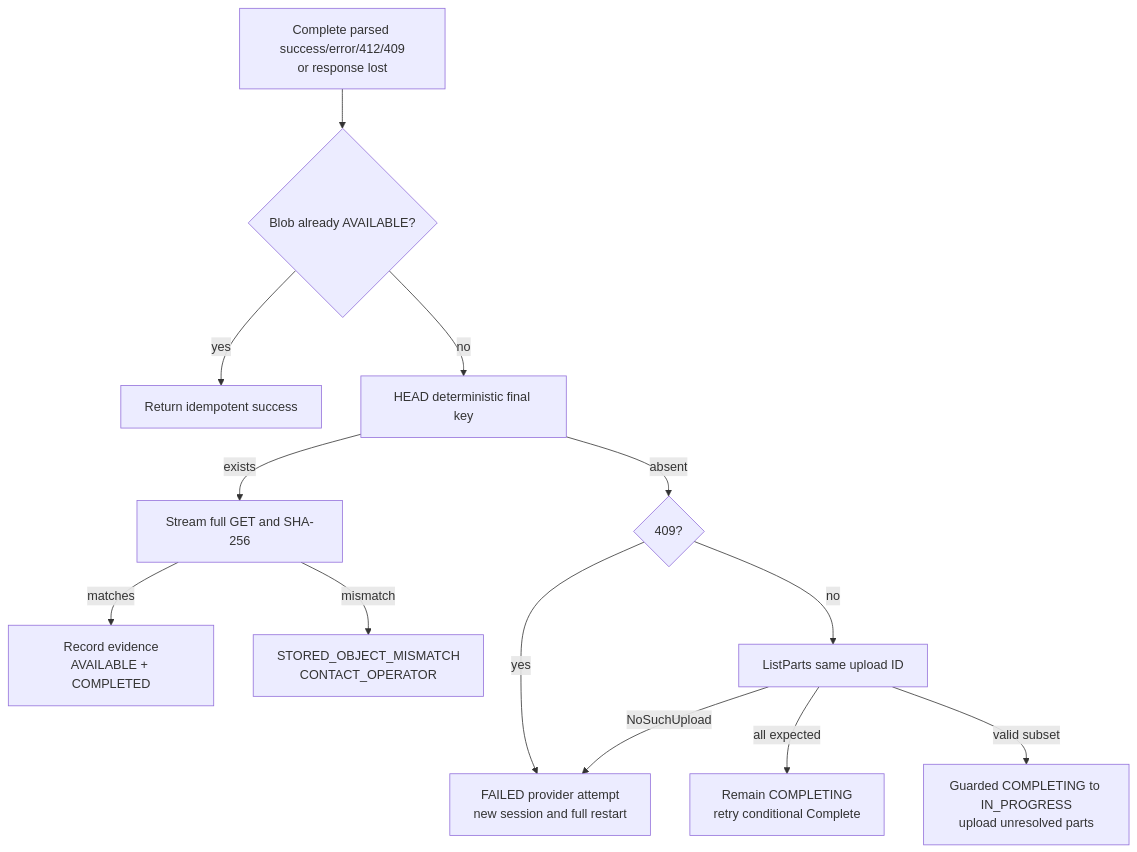
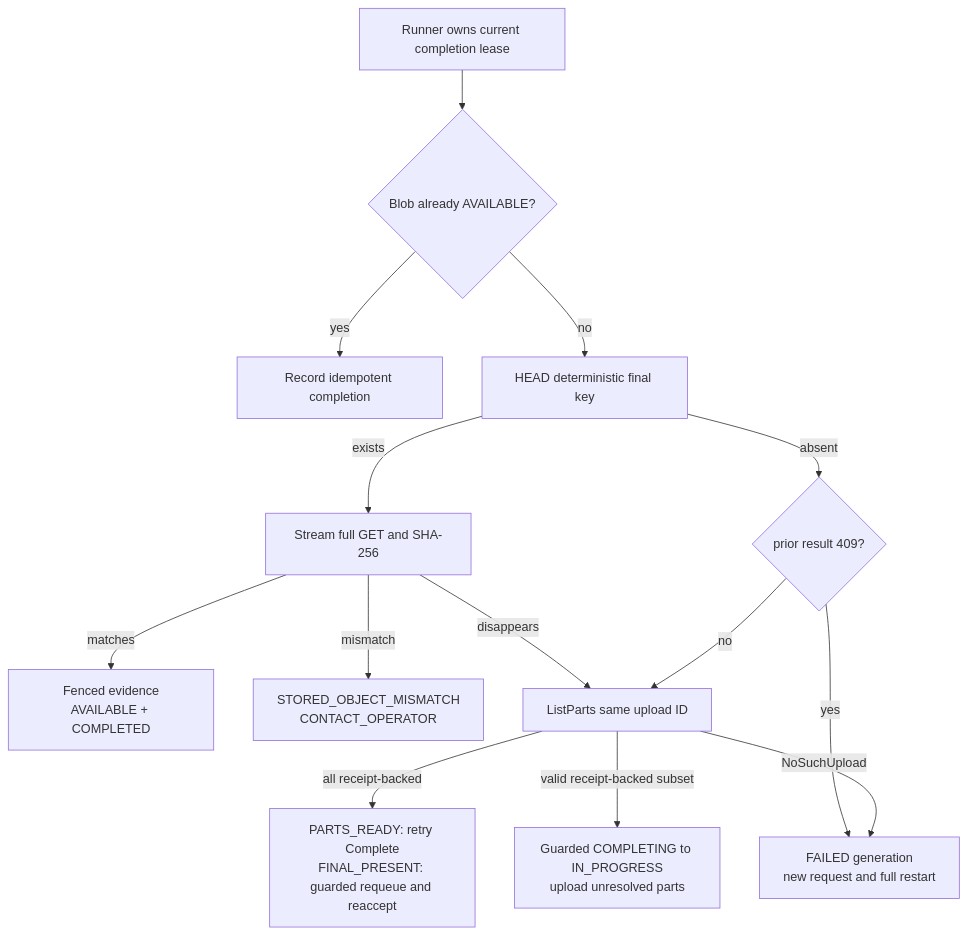
Before and after one commit to zbnerd/RoboLake: the diagram in docs/M2_FAILURE_AND_RECONCILIATION_MATRIX.md, drawn with Mermaid. The commit also changed other lines of this file and 15 other files, not shown here.

Commit message:
docs(m2): resolve session and completion lifecycle gaps

````diff
--- a/docs/M2_FAILURE_AND_RECONCILIATION_MATRIX.md
+++ b/docs/M2_FAILURE_AND_RECONCILIATION_MATRIX.md
@@ -62,15 +82,16 @@
 ```mermaid
 flowchart TD
-    A[Complete parsed success/error/412/409<br/>or response lost] --> B{Blob already AVAILABLE?}
-    B -->|yes| C[Return idempotent success]
+    A[Runner owns current completion lease] --> B{Blob already AVAILABLE?}
+    B -->|yes| C[Record idempotent completion]
     B -->|no| D[HEAD deterministic final key]
     D -->|exists| E[Stream full GET and SHA-256]
-    E -->|matches| F[Record evidence<br/>AVAILABLE + COMPLETED]
+    E -->|matches| F[Fenced evidence<br/>AVAILABLE + COMPLETED]
     E -->|mismatch| G[STORED_OBJECT_MISMATCH<br/>CONTACT_OPERATOR]
-    D -->|absent| H{409?}
-    H -->|yes| I[FAILED provider attempt<br/>new session and full restart]
+    E -->|disappears| J
+    D -->|absent| H{prior result 409?}
+    H -->|yes| I[FAILED generation<br/>new request and full restart]
     H -->|no| J[ListParts same upload ID]
-    J -->|all expected| K[Remain COMPLETING<br/>retry conditional Complete]
-    J -->|valid subset| L[Guarded COMPLETING to IN_PROGRESS<br/>upload unresolved parts]
+    J -->|all receipt-backed| K[PARTS_READY: retry Complete<br/>FINAL_PRESENT: guarded requeue and reaccept]
+    J -->|valid receipt-backed subset| L[Guarded COMPLETING to IN_PROGRESS<br/>upload unresolved parts]
     J -->|NoSuchUpload| I
 ```
````
